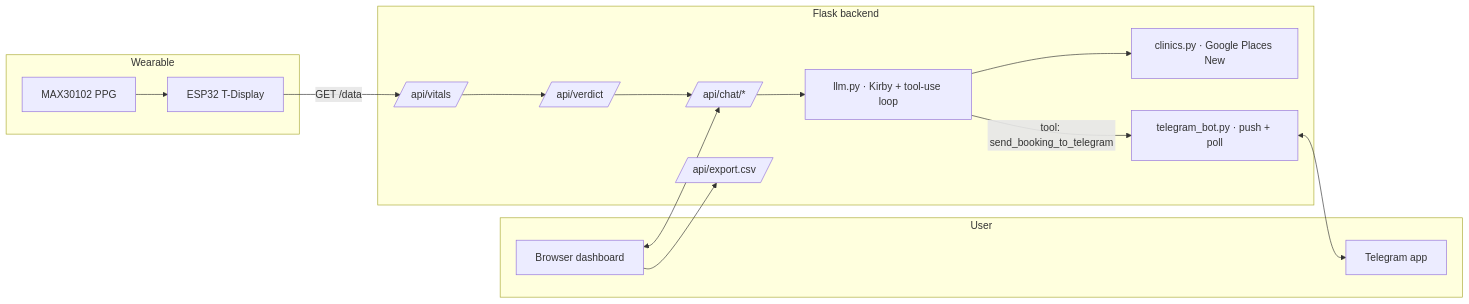
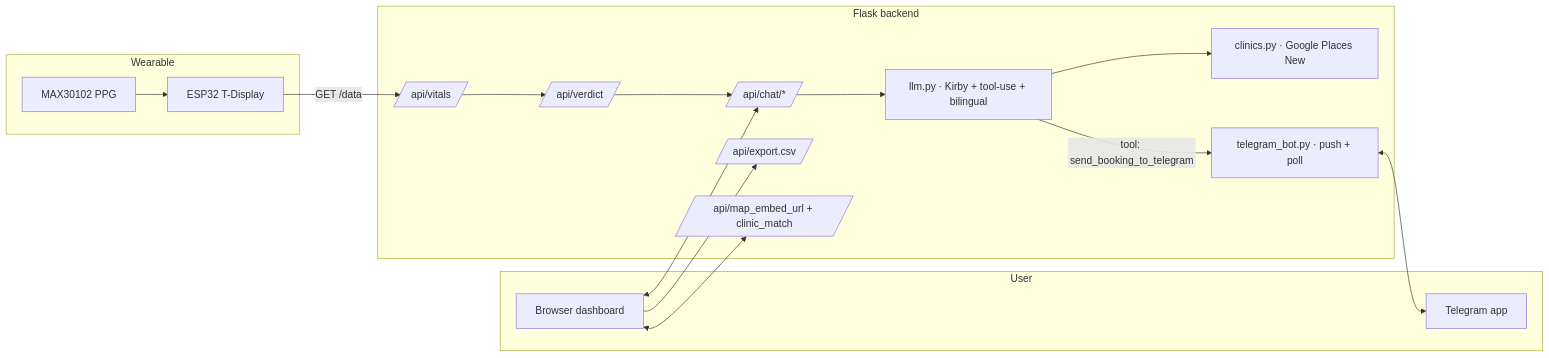
One commit to zinhmuepaing/sleep-apnea-monitor changed the diagram in README.md. Above: the diagram before and after it, drawn with Mermaid. The commit also changed other lines of this file and 13 other files, not shown here.

````diff
--- a/README.md
+++ b/README.md
@@ -66,32 +68,34 @@
 ```mermaid
 flowchart LR
     subgraph Wearable
         ESP[ESP32 T-Display]
         SENS[MAX30102 PPG]
         SENS --> ESP
     end
 
     subgraph Backend["Flask backend"]
         VIT[/api/vitals/]
         VER[/api/verdict/]
         CHT[/api/chat/*/]
         EXP[/api/export.csv/]
-        LLM[llm.py · Kirby + tool-use loop]
+        MAP[/api/map_embed_url + clinic_match/]
+        LLM[llm.py · Kirby + tool-use + bilingual]
         CLI[clinics.py · Google Places New]
         TG[telegram_bot.py · push + poll]
     end
 
     subgraph User
         WEB[Browser dashboard]
         TGAPP[Telegram app]
     end
 
     ESP -- "GET /data" --> VIT
     VIT --> VER --> CHT
     CHT --> LLM
     LLM -- "tool: send_booking_to_telegram" --> TG
     LLM --> CLI
     WEB <--> CHT
     WEB --> EXP
+    WEB <--> MAP
     TG <--> TGAPP
 ```
````
